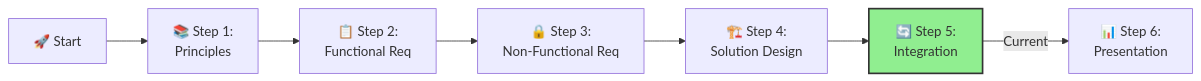
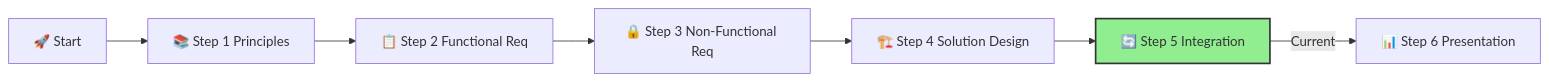
Before and after one commit to briandenicola/xlr8-e2eaisolutions: the first of 3 diagrams in docs/02-agent/ifs-agent-step5-integration.md, drawn with Mermaid. The commit also changed other lines of this file and 17 other files, not shown here.

````diff
--- a/docs/02-agent/ifs-agent-step5-integration.md
+++ b/docs/02-agent/ifs-agent-step5-integration.md
@@ -21,10 +25,10 @@
 ```mermaid
 flowchart LR
-    A[🚀 Start] --> B[📚 Step 1:\nPrinciples]
-    B --> C[📋 Step 2:\nFunctional Req]
-    C --> D[🔒 Step 3:\nNon-Functional Req]
-    D --> E[🏗️ Step 4:\nSolution Design]
-    E --> F[🔄 Step 5:\nIntegration]
-    F -->|Current| G[📊 Step 6:\nPresentation]
+    A[🚀 Start] --> B[📚 Step 1 Principles]
+    B --> C[📋 Step 2 Functional Req]
+    C --> D[🔒 Step 3 Non-Functional Req]
+    D --> E[🏗️ Step 4 Solution Design]
+    E --> F[🔄 Step 5 Integration]
+    F -->|Current| G[📊 Step 6 Presentation]
     style F fill:#90EE90,stroke:#333,stroke-width:2px
 ```
````
